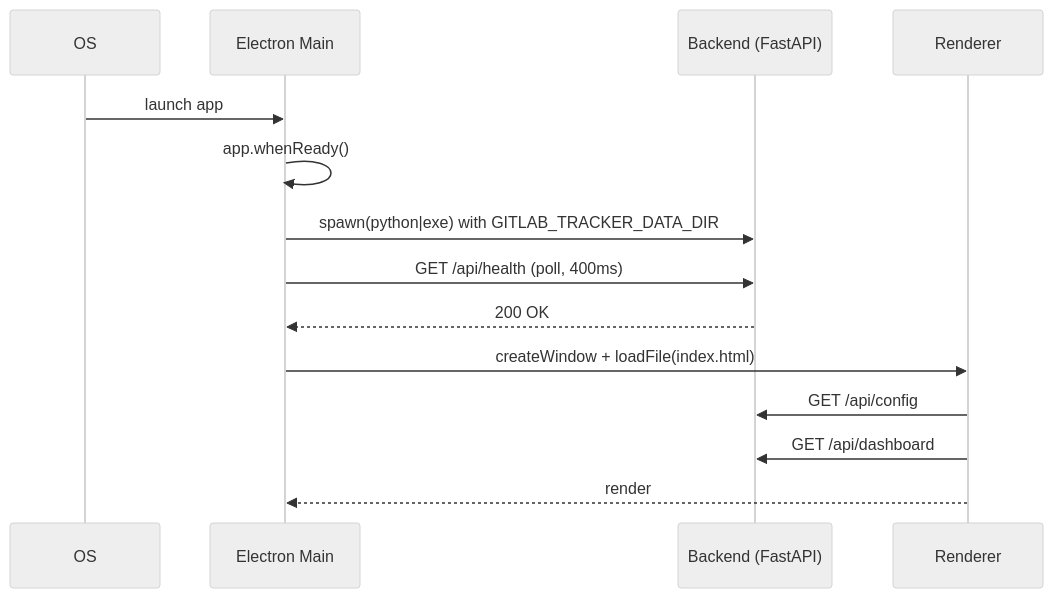
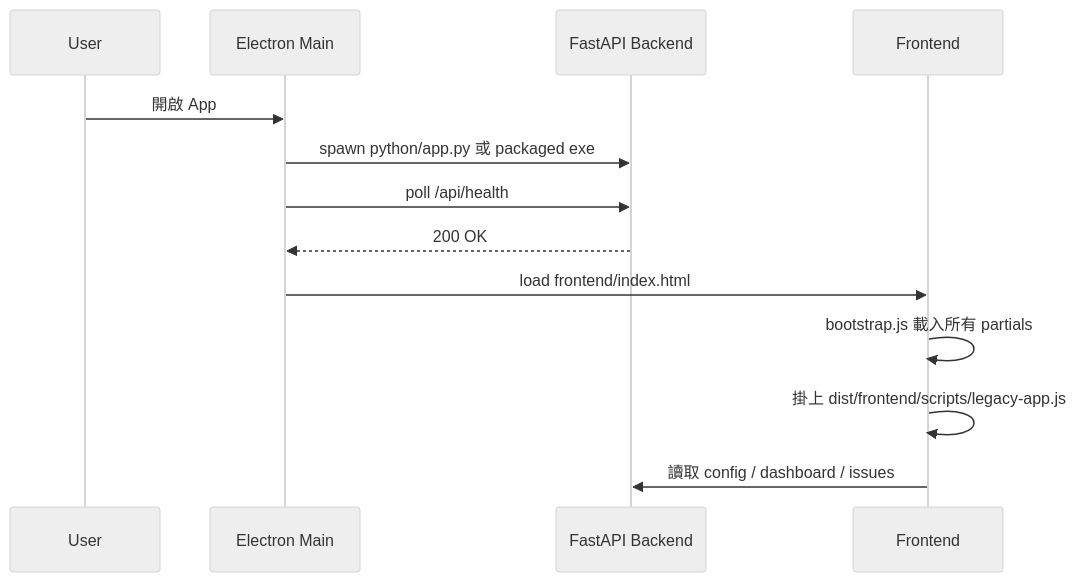
One commit to FanChiMao/GitlabTracker changed the diagram in docs/architecture/runtime-overview.md. Above: the diagram before and after it, drawn with Mermaid (neutral theme). The commit also changed other lines of this file and 15 other files, not shown here.

````diff
--- a/docs/architecture/runtime-overview.md
+++ b/docs/architecture/runtime-overview.md
@@ -17,17 +20,16 @@
 ```mermaid
 sequenceDiagram
-    participant OS
+    participant User
     participant Main as Electron Main
-    participant BE as Backend (FastAPI)
-    participant UI as Renderer
+    participant BE as FastAPI Backend
+    participant UI as Frontend
 
-    OS->>Main: launch app
-    Main->>Main: app.whenReady()
-    Main->>BE: spawn(python|exe) with GITLAB_TRACKER_DATA_DIR
-    Main->>BE: GET /api/health (poll, 400ms)
+    User->>Main: 開啟 App
+    Main->>BE: spawn python/app.py 或 packaged exe
+    Main->>BE: poll /api/health
     BE-->>Main: 200 OK
-    Main->>UI: createWindow + loadFile(index.html)
-    UI->>BE: GET /api/config
-    UI->>BE: GET /api/dashboard
-    UI-->>Main: render
+    Main->>UI: load frontend/index.html
+    UI->>UI: bootstrap.js 載入所有 partials
+    UI->>UI: 掛上 dist/frontend/scripts/legacy-app.js
+    UI->>BE: 讀取 config / dashboard / issues
 ```
````
